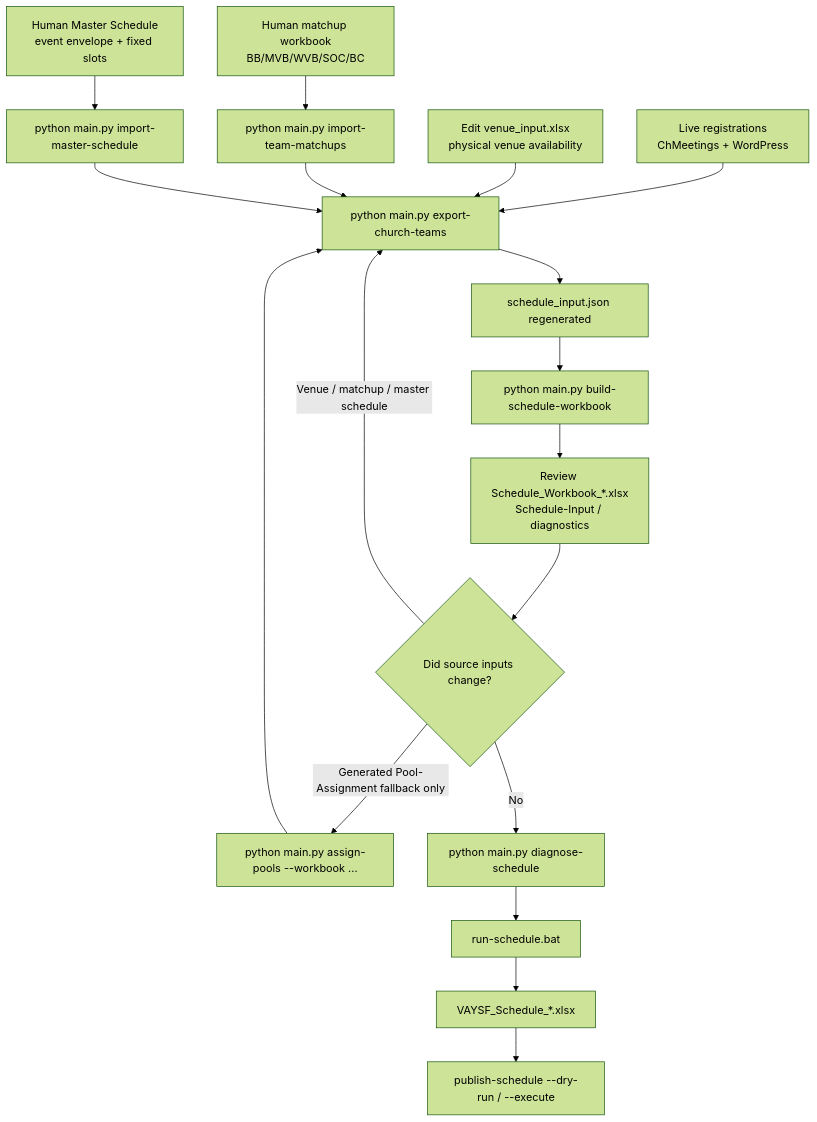
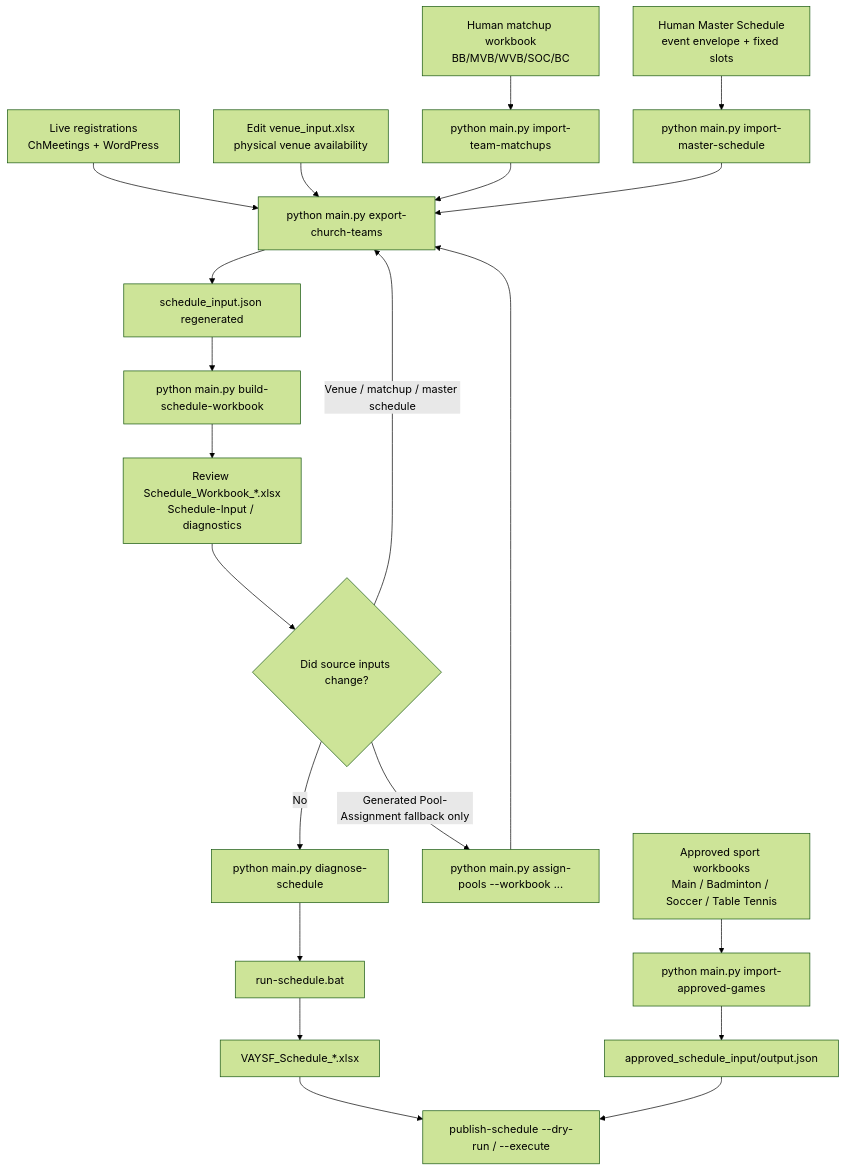
One commit to i12know/vaysf changed the diagram in docs/SCHEDULE-HOW-TO.md. Above: the diagram before and after it, drawn with Mermaid (forest theme). The commit also changed other lines of this file and 7 other files, not shown here.

Commit message:
scheduler: import approved games for WordPress publication - closes #217

````diff
--- a/docs/SCHEDULE-HOW-TO.md
+++ b/docs/SCHEDULE-HOW-TO.md
@@ -221,20 +251,23 @@
 ```mermaid
 flowchart TD
     A["Live registrations<br/>ChMeetings + WordPress"] --> B["python main.py export-church-teams"]
     V["Edit venue_input.xlsx<br/>physical venue availability"] --> B
     M["Human matchup workbook<br/>BB/MVB/WVB/SOC/BC"] --> N["python main.py import-team-matchups"]
     O["Human Master Schedule<br/>event envelope + fixed slots"] --> P["python main.py import-master-schedule"]
+    R["Approved sport workbooks<br/>Main / Badminton / Soccer / Table Tennis"] --> S["python main.py import-approved-games"]
     N --> B
     P --> B
     B --> C["schedule_input.json regenerated"]
     C --> D["python main.py build-schedule-workbook"]
     D --> E["Review Schedule_Workbook_*.xlsx<br/>Schedule-Input / diagnostics"]
     E --> F{"Did source inputs change?"}
     F -- "Venue / matchup / master schedule" --> B
     F -- "Generated Pool-Assignment fallback only" --> G["python main.py assign-pools --workbook ..."]
     G --> B
     F -- No --> K["python main.py diagnose-schedule"]
     K --> L["run-schedule.bat"]
     L --> M2["VAYSF_Schedule_*.xlsx"]
     M2 --> Q["publish-schedule --dry-run / --execute"]
+    S --> T["approved_schedule_input/output.json"]
+    T --> Q
 ```
````
